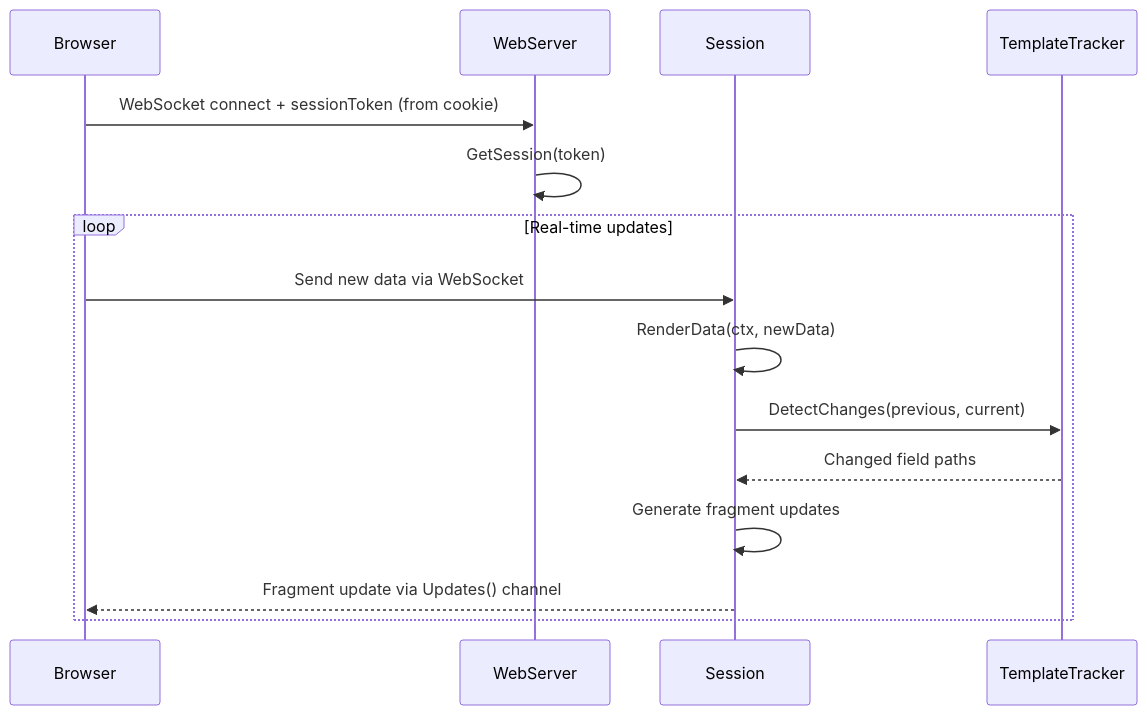
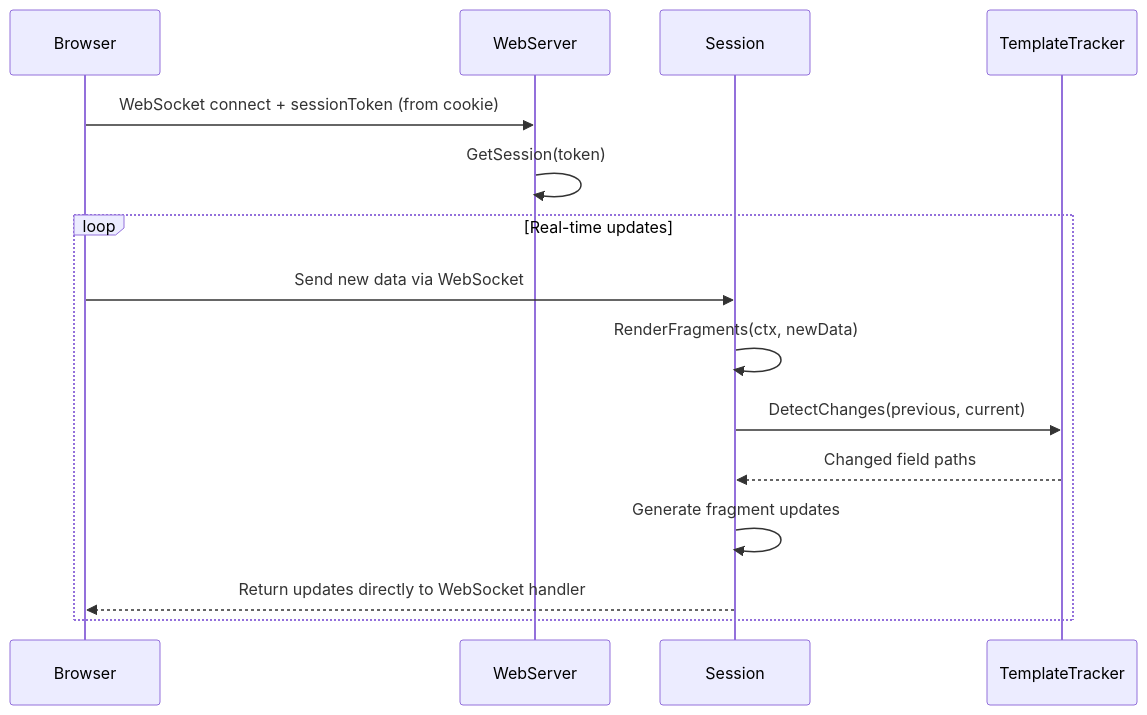
Before and after one commit to livetemplate/livetemplate: the second of 3 diagrams in docs/SESSION_DESIGN.md, drawn with Mermaid. The commit also changed other lines of this file, not shown here.

````diff
--- a/docs/SESSION_DESIGN.md
+++ b/docs/SESSION_DESIGN.md
@@ -210,19 +207,19 @@
 ```mermaid
 sequenceDiagram
     participant Browser
     participant WebServer
     participant Session
     participant TemplateTracker
 
     Browser->>WebServer: WebSocket connect + sessionToken (from cookie)
     WebServer->>WebServer: GetSession(token)
 
     loop Real-time updates
         Browser->>Session: Send new data via WebSocket
-        Session->>Session: RenderData(ctx, newData)
+        Session->>Session: RenderFragments(ctx, newData)
         Session->>TemplateTracker: DetectChanges(previous, current)
         TemplateTracker-->>Session: Changed field paths
         Session->>Session: Generate fragment updates
-        Session-->>Browser: Fragment update via Updates() channel
+        Session-->>Browser: Return updates directly to WebSocket handler
     end
 ```
````
